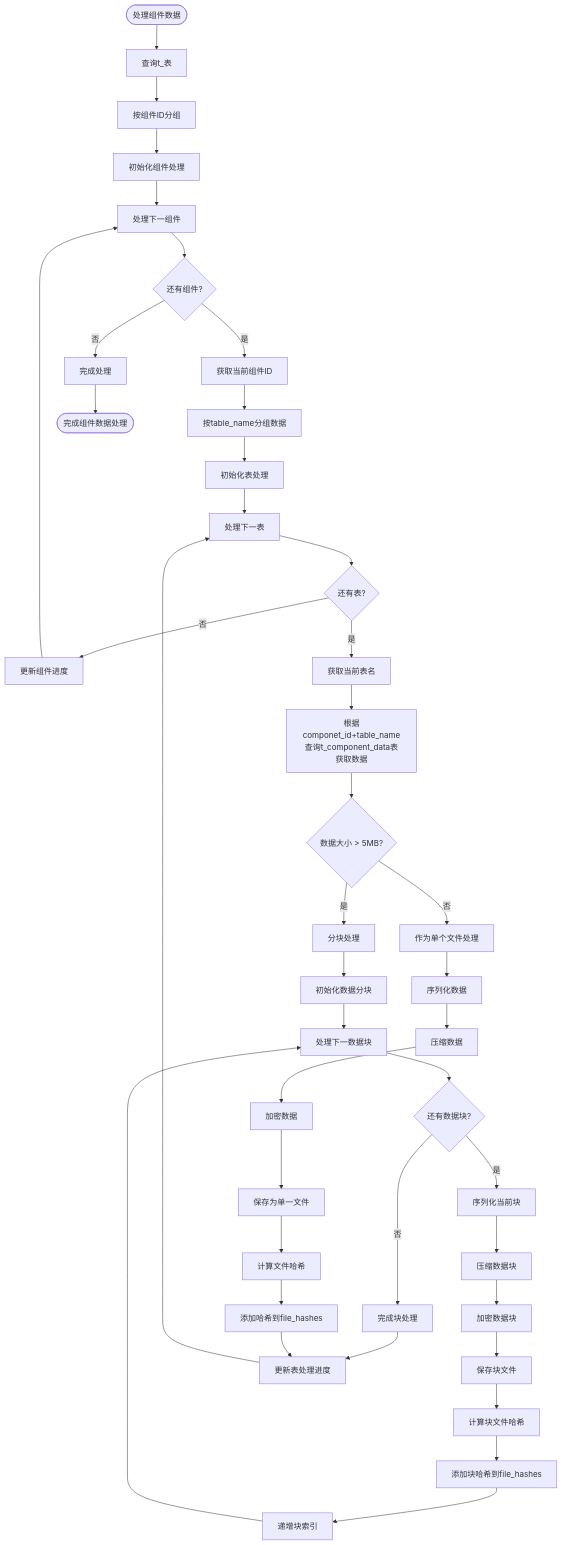
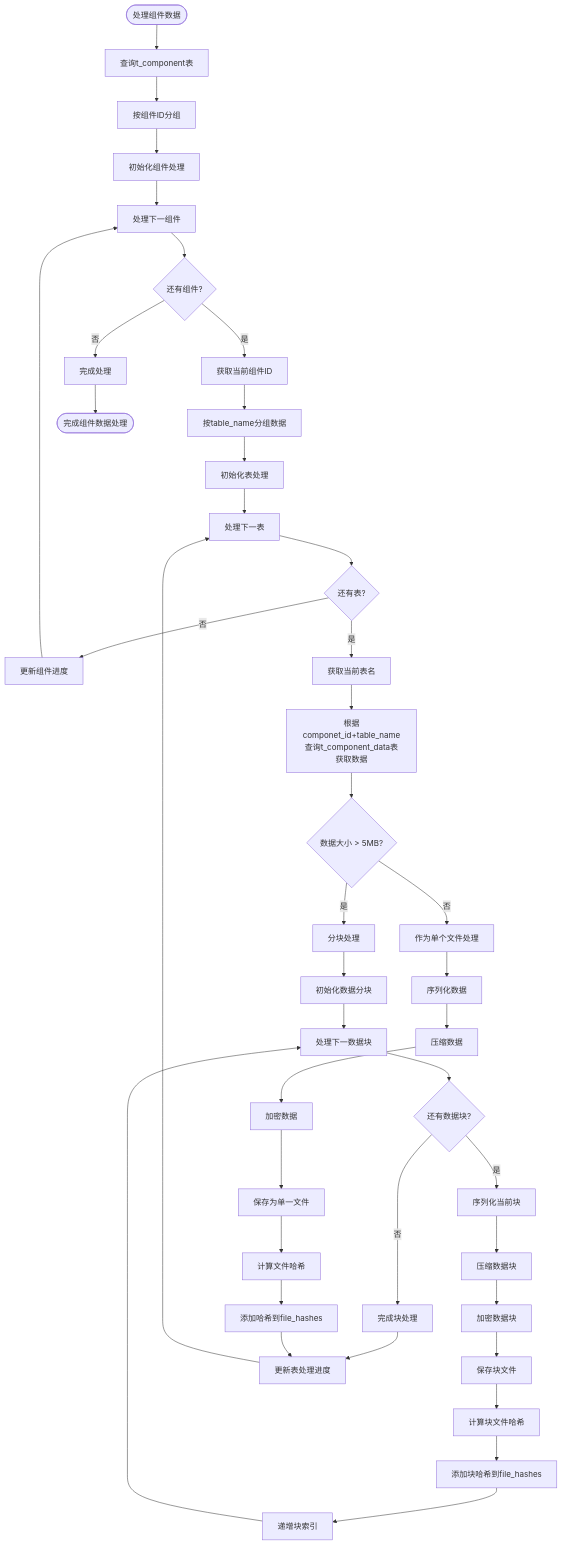
The diagram in all/未命名-56.md (yingjianzh/iodraw-files), drawn with Mermaid before and after one commit.

Commit message:
2025-05-12 14:21:31 update

````diff
--- a/all/未命名-56.md
+++ b/all/未命名-56.md
@@ -1,57 +1,57 @@
 ```mermaid
 
 flowchart TD
-    Start([处理组件数据]) --> QueryDB[查询t_表]
+    Start([处理组件数据]) --> QueryDB[查询t_component表]
     QueryDB --> GroupByComp[按组件ID分组]
     GroupByComp --> InitCompProcess[初始化组件处理]
     
     InitCompProcess --> ProcessNextComp[处理下一组件]
     ProcessNextComp --> MoreComps{还有组件?}
     MoreComps -->|否| CompleteProcess[完成处理]
     MoreComps -->|是| GetCompID[获取当前组件ID]
     
     GetCompID --> GroupByTable[按table_name分组数据]
     GroupByTable --> InitTableProcess[初始化表处理]
     
     InitTableProcess --> ProcessNextTable[处理下一表]
     ProcessNextTable --> MoreTables{还有表?}
     MoreTables -->|否| UpdateCompProgress[更新组件进度]
     MoreTables -->|是| GetTableName[获取当前表名]
     
     UpdateCompProgress --> ProcessNextComp
     
     GetTableName --> QueryTableData[根据componet_id+table_name查询t_component_data表获取数据]
     QueryTableData --> DataSize{数据大小 > 5MB?}
     
     DataSize -->|否| ProcessSingleFile[作为单个文件处理]
     DataSize -->|是| ProcessMultipleChunks[分块处理]
     
     ProcessSingleFile --> SerializeData[序列化数据]
     SerializeData --> CompressData[压缩数据]
     CompressData --> EncryptData[加密数据]
     EncryptData --> SaveSingleFile[保存为单一文件]
     SaveSingleFile --> CalcFileHash[计算文件哈希]
     CalcFileHash --> AddToFileHashes[添加哈希到file_hashes]
 
     ProcessMultipleChunks --> InitChunks[初始化数据分块]
     InitChunks --> ProcessNextChunk[处理下一数据块]
     
     ProcessNextChunk --> MoreChunks{还有数据块?}
     MoreChunks -->|否| CompleteChunks[完成块处理]
     MoreChunks -->|是| SerializeChunk[序列化当前块]
     
     SerializeChunk --> CompressChunk[压缩数据块]
     CompressChunk --> EncryptChunk[加密数据块]
     EncryptChunk --> SaveChunkFile[保存块文件]
     SaveChunkFile --> CalcChunkHash[计算块文件哈希]
     CalcChunkHash --> AddChunkHash[添加块哈希到file_hashes]
     AddChunkHash --> IncrementChunkIndex[递增块索引]
     IncrementChunkIndex --> ProcessNextChunk
     
     CompleteChunks --> UpdateTableProgress[更新表处理进度]
     AddToFileHashes --> UpdateTableProgress
     UpdateTableProgress --> ProcessNextTable
     
     CompleteProcess --> End([完成组件数据处理])
 
 ```
````
